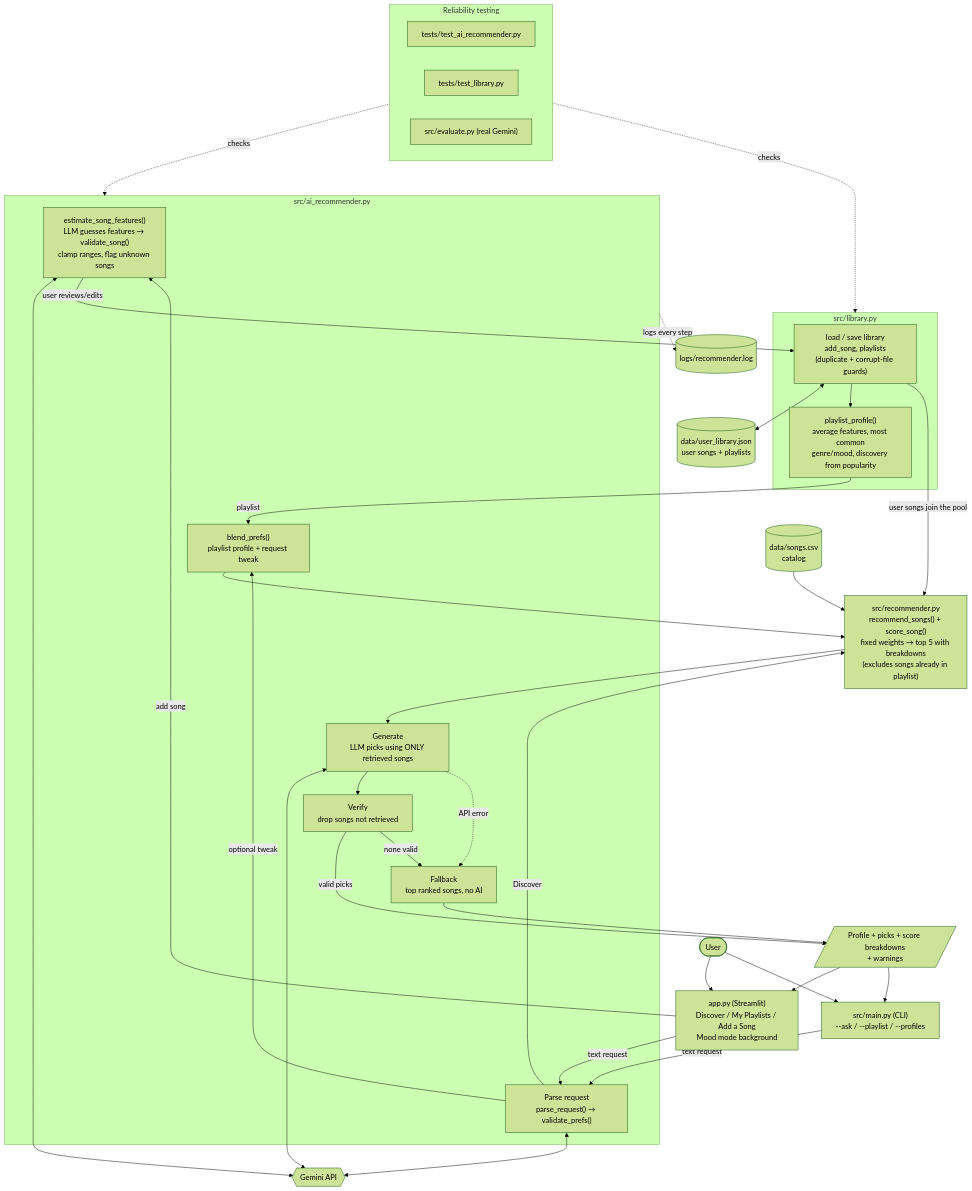
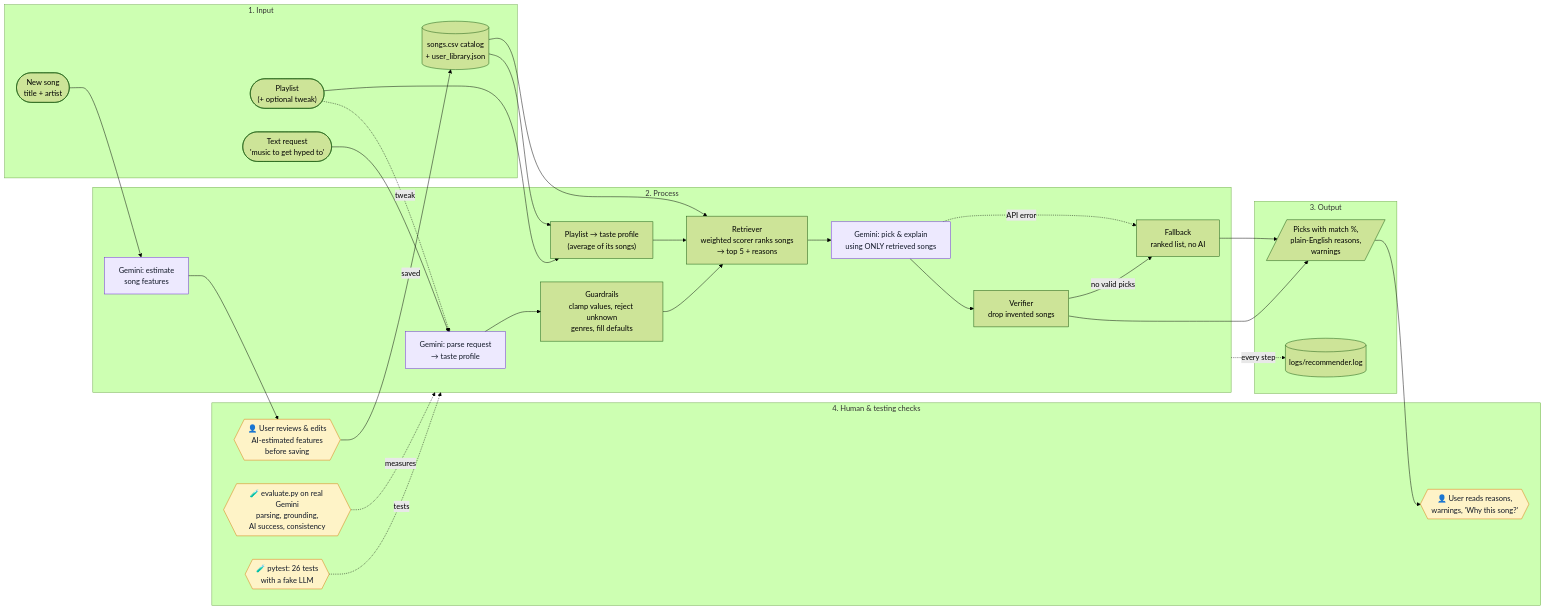
One commit to markkubrak/applied-ai-system-project changed the diagram in diagrams/architecture.mmd. Above: the diagram before and after it, drawn with Mermaid (forest theme). The commit also changed 7 other files, not shown here.

Commit message:
final README, model card, diagram, evaluation

```diff
--- a/diagrams/architecture.mmd
+++ b/diagrams/architecture.mmd
@@ -1,61 +1,53 @@
-flowchart TD
-    %% Music Recommender - RAG + playlists architecture
+flowchart LR
+    %% Vibenator 6000 - system overview
+    %% Detailed version: diagrams/architecture-detailed.mmd
 
-    USER(["User"])
-    APP["app.py (Streamlit)<br/>Discover / My Playlists / Add a Song<br/>Mood mode background"]
-    CLI["src/main.py (CLI)<br/>--ask / --playlist / --profiles"]
-    CSV[("data/songs.csv<br/>catalog")]
-    LIBJSON[("data/user_library.json<br/>user songs + playlists")]
-    GEMINI{{"Gemini API"}}
-    LOG[("logs/recommender.log")]
-
-    subgraph LIB["src/library.py"]
-        STORE["load / save library<br/>add_song, playlists<br/>(duplicate + corrupt-file guards)"]
-        PROFILE["playlist_profile()<br/>average features, most common<br/>genre/mood, discovery from popularity"]
+    subgraph IN["1. Input"]
+        REQ(["Text request<br/>'music to get hyped to'"])
+        PL(["Playlist<br/>(+ optional tweak)"])
+        NEW(["New song<br/>title + artist"])
+        DATA[("songs.csv catalog<br/>+ user_library.json")]
     end
 
-    subgraph AI["src/ai_recommender.py"]
-        EST["estimate_song_features()<br/>LLM guesses features → validate_song()<br/>clamp ranges, flag unknown songs"]
-        PARSE["Parse request<br/>parse_request() → validate_prefs()"]
-        BLEND["blend_prefs()<br/>playlist profile + request tweak"]
-        GEN["Generate<br/>LLM picks using ONLY retrieved songs"]
-        VERIFY["Verify<br/>drop songs not retrieved"]
-        FALLBACK["Fallback<br/>top ranked songs, no AI"]
+    subgraph PROC["2. Process"]
+        PARSE["Gemini: parse request<br/>→ taste profile"]
+        GUARD["Guardrails<br/>clamp values, reject unknown<br/>genres, fill defaults"]
+        PROF["Playlist → taste profile<br/>(average of its songs)"]
+        RET["Retriever<br/>weighted scorer ranks songs<br/>→ top 5 + reasons"]
+        GEN["Gemini: pick & explain<br/>using ONLY retrieved songs"]
+        VER["Verifier<br/>drop invented songs"]
+        FB["Fallback<br/>ranked list, no AI"]
+        EST["Gemini: estimate<br/>song features"]
     end
 
-    RANK["src/recommender.py<br/>recommend_songs() + score_song()<br/>fixed weights → top 5 with breakdowns<br/>(excludes songs already in playlist)"]
-    OUT[/"Profile + picks + score breakdowns<br/>+ warnings"/]
+    subgraph OUT["3. Output"]
+        RES[/"Picks with match %,<br/>plain-English reasons,<br/>warnings"/]
+        LOG[("logs/recommender.log")]
+    end
 
-    USER --> APP & CLI
-    APP -- "add song" --> EST
-    EST <--> GEMINI
-    EST -- "user reviews/edits" --> STORE
-    STORE <--> LIBJSON
-    STORE --> PROFILE
+    subgraph CHECK["4. Human & testing checks"]
+        H1{{"👤 User reviews & edits<br/>AI-estimated features<br/>before saving"}}
+        H2{{"👤 User reads reasons,<br/>warnings, 'Why this song?'"}}
+        T1{{"🧪 pytest: 26 tests<br/>with a fake LLM"}}
+        T2{{"🧪 evaluate.py on real Gemini<br/>parsing, grounding,<br/>AI success, consistency"}}
+    end
 
-    APP & CLI -- "text request" --> PARSE
-    PARSE <--> GEMINI
-    PARSE -- "Discover" --> RANK
-    PROFILE -- "playlist" --> BLEND
-    PARSE -- "optional tweak" --> BLEND
-    BLEND --> RANK
-    CSV --> RANK
-    STORE -- "user songs join the pool" --> RANK
+    REQ --> PARSE --> GUARD --> RET
+    PL --> PROF --> RET
+    PL -. "tweak" .-> PARSE
+    DATA --> RET
+    DATA --> PROF
+    RET --> GEN --> VER --> RES
+    VER -- "no valid picks" --> FB
+    GEN -. "API error" .-> FB
+    FB --> RES
+    NEW --> EST --> H1 -- "saved" --> DATA
+    RES --> H2
+    PROC -. "every step" .-> LOG
+    T1 -. tests .-> PROC
+    T2 -. measures .-> PROC
 
-    RANK --> GEN
-    GEN <--> GEMINI
-    GEN --> VERIFY
-    VERIFY -- "valid picks" --> OUT
-    VERIFY -- "none valid" --> FALLBACK
-    GEN -. "API error" .-> FALLBACK
-    FALLBACK --> OUT
-    OUT --> APP & CLI
-
-    AI -. "logs every step" .-> LOG
-
-    subgraph QA["Reliability testing"]
-        T1["tests/test_ai_recommender.py"]
-        T2["tests/test_library.py"]
-        EVAL["src/evaluate.py (real Gemini)"]
-    end
-    QA -. checks .-> AI & LIB
+    classDef check fill:#fef3c7,stroke:#d97706,color:#111827
+    classDef ai fill:#ede9fe,stroke:#6d28d9,color:#111827
+    class H1,H2,T1,T2 check
+    class PARSE,GEN,EST ai
```
